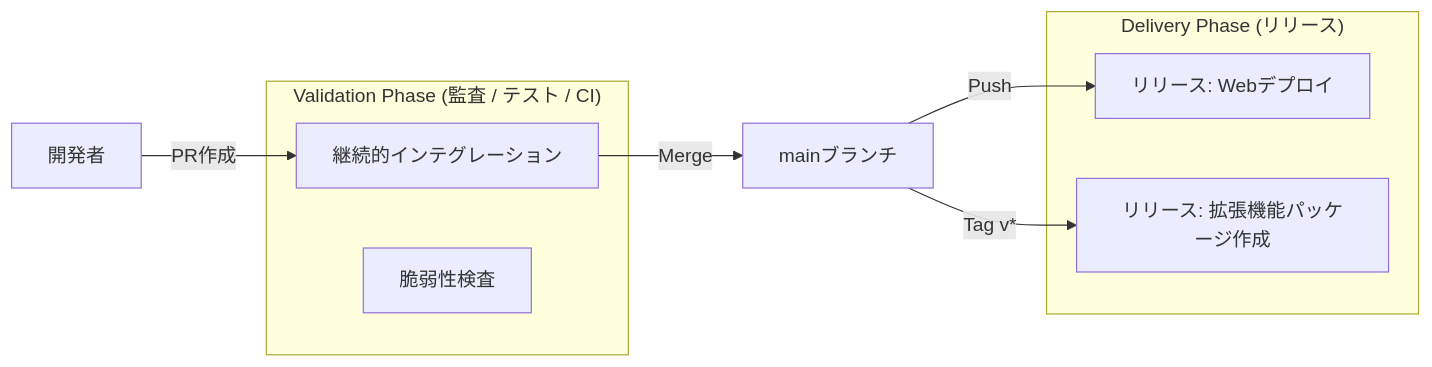
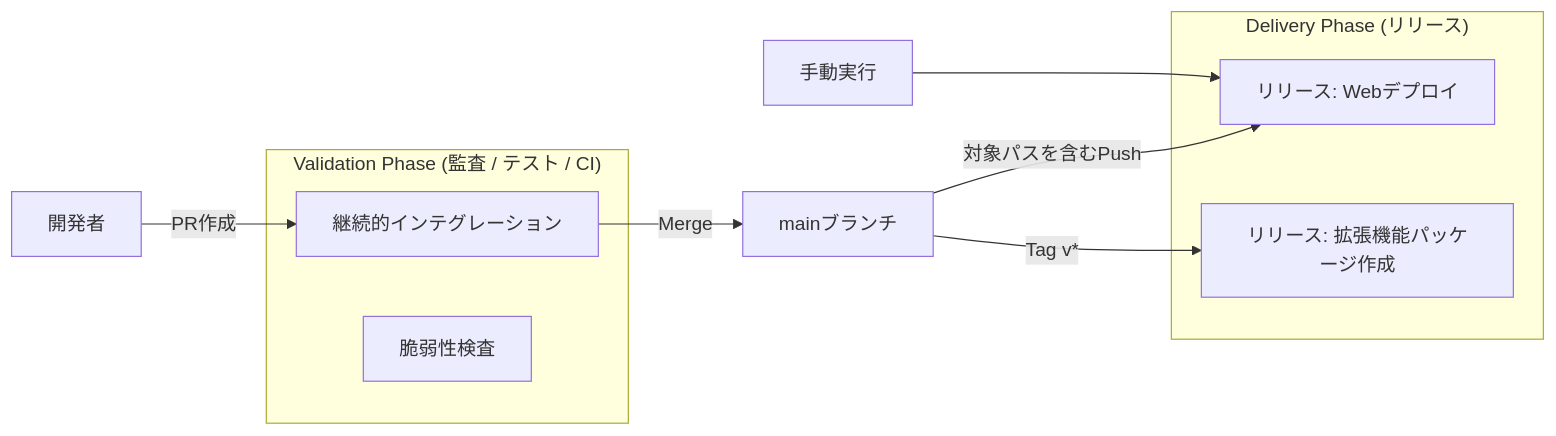
One commit to masanori-satake/QuickLog-Solo changed the second of 2 diagrams in docs/README_ACTIONS.md. Above: the diagram before and after it, drawn with Mermaid. The commit also changed other lines of this file and 20 other files, not shown here.

````diff
--- a/docs/README_ACTIONS.md
+++ b/docs/README_ACTIONS.md
@@ -142,19 +142,20 @@
 ```mermaid
 flowchart LR
     Dev[開発者] -- PR作成 --> CI[継続的インテグレーション]
 
     CI -- Merge --> Main[mainブランチ]
-    Main -- Push --> Deploy[リリース: Webデプロイ]
+    Main -- 対象パスを含むPush --> Deploy[リリース: Webデプロイ]
+    Manual[手動実行] --> Deploy
 
     Main -- Tag v* --> Rel[リリース: 拡張機能パッケージ作成]
 
     subgraph "Validation Phase (監査 / テスト / CI)"
     CI
     OSS[脆弱性検査]
     end
 
     subgraph "Delivery Phase (リリース)"
     Deploy
     Rel
     end
 ```
````
